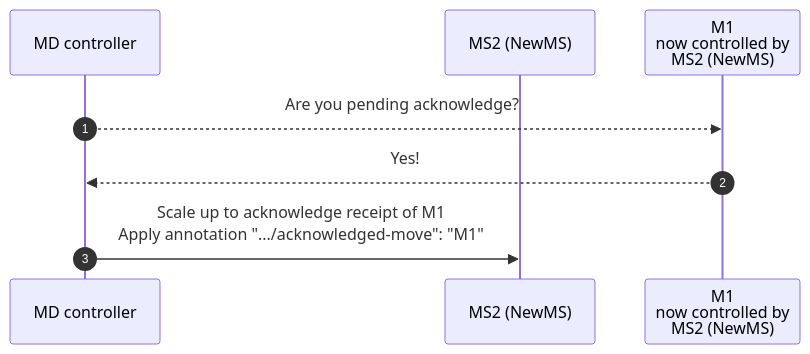
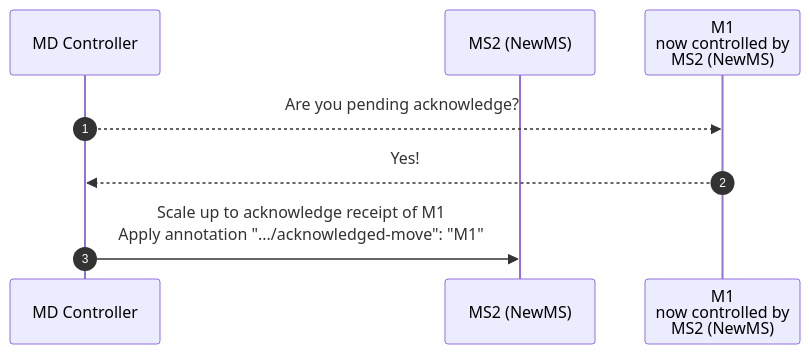
Before and after one commit to openshift/cluster-api: the third of 7 diagrams in docs/proposals/20240807-in-place-updates-implementation-notes.md, drawn with Mermaid. The commit also changed other lines of this file and 8136 other files, not shown here.

````diff
--- a/docs/proposals/20240807-in-place-updates-implementation-notes.md
+++ b/docs/proposals/20240807-in-place-updates-implementation-notes.md
@@ -66,10 +66,10 @@
 ```mermaid
 sequenceDiagram
     autonumber
-    participant MDController as MD controller
+    participant MD Controller
     participant MS2 (NewMS)
     participant M1 as M1<br/>now controlled by<br/>MS2 (NewMS)
-    MDController-->>M1: Are you pending acknowledge?
-    M1-->>MDController: Yes!
-    MDController->>MS2 (NewMS): Scale up to acknowledge receipt of M1<br/>Apply annotation ".../acknowledged-move": "M1"
+    MD Controller-->>M1: Are you pending acknowledge?
+    M1-->>MD Controller: Yes!
+    MD Controller->>MS2 (NewMS): Scale up to acknowledge receipt of M1<br/>Apply annotation ".../acknowledged-move": "M1"
 ```
````
